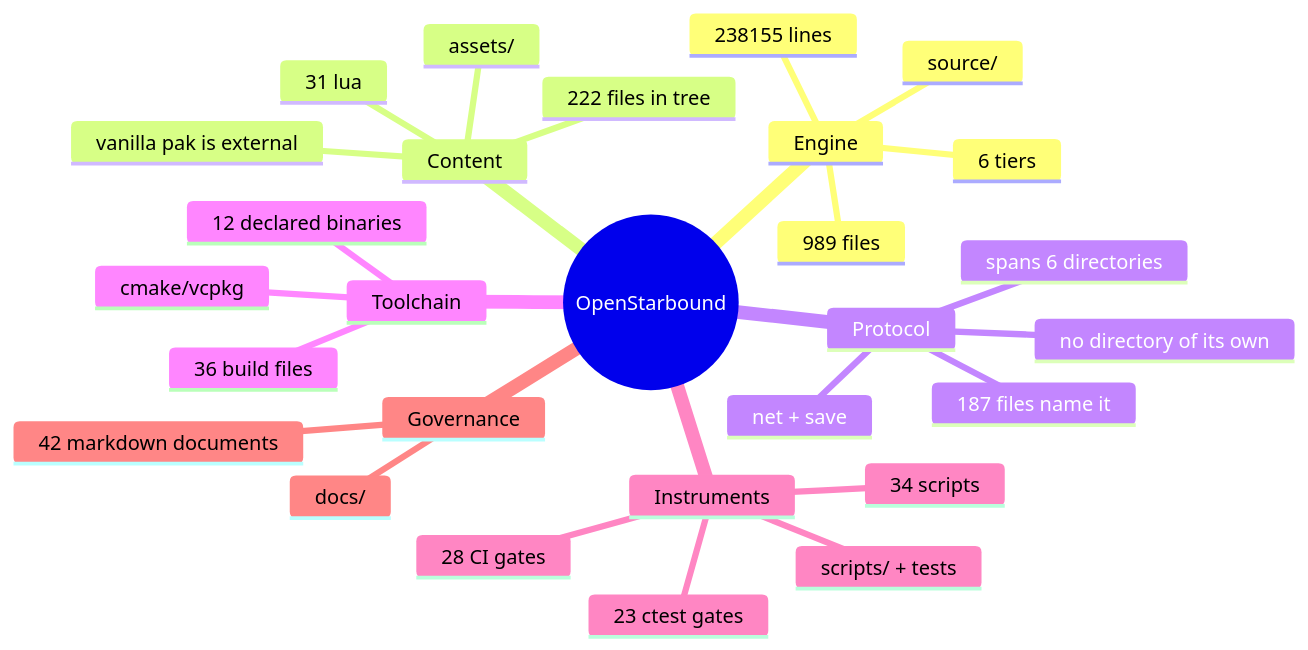
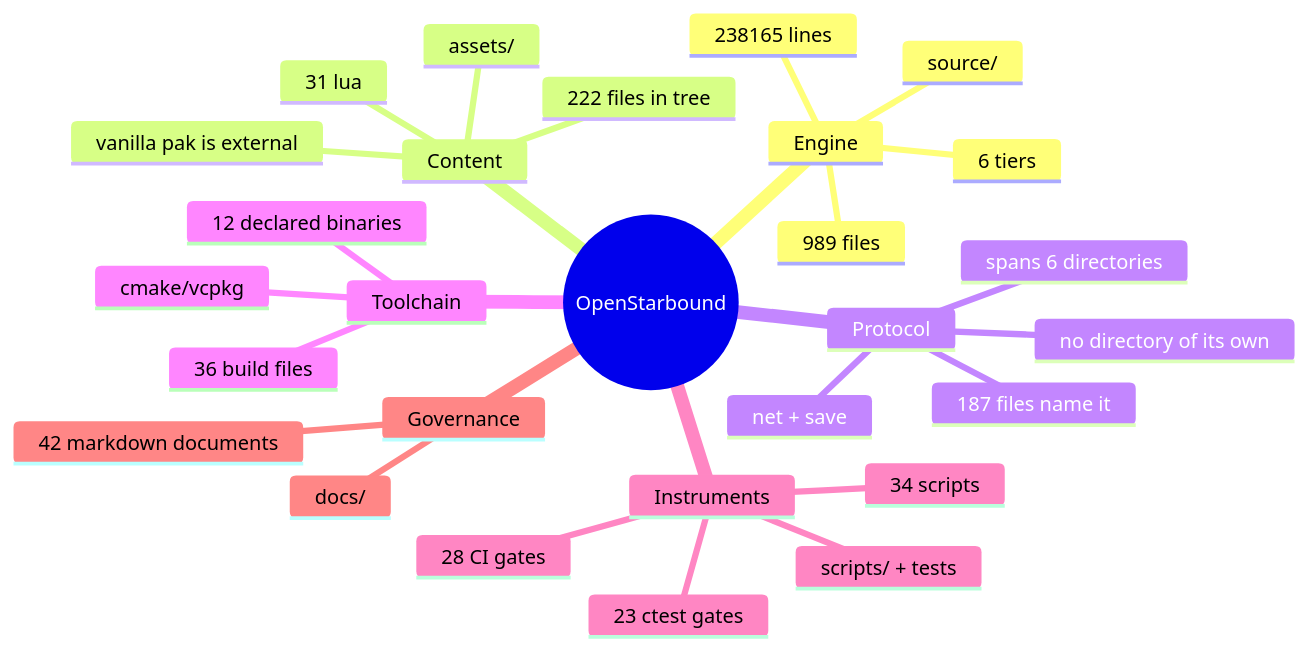
One commit to apnex/OpenStarbound changed the second of 11 diagrams in docs/architecture/system-boundaries.md. Above: the diagram before and after it, drawn with Mermaid. The commit also changed other lines of this file, not shown here.

Commit message:
arch-graph: regenerate after the spread telemetry change [#224]

````diff
--- a/docs/architecture/system-boundaries.md
+++ b/docs/architecture/system-boundaries.md
@@ -166,31 +166,31 @@
 ```mermaid
 mindmap
   root((OpenStarbound))
     Engine
       source/
       989 files
-      238155 lines
+      238165 lines
       6 tiers
     Content
       assets/
       222 files in tree
       31 lua
       vanilla pak is external
     Protocol
       net + save
       187 files name it
       spans 6 directories
       no directory of its own
     Toolchain
       cmake/vcpkg
       36 build files
       12 declared binaries
     Instruments
       scripts/ + tests
       34 scripts
       23 ctest gates
       28 CI gates
     Governance
       docs/
       42 markdown documents
 ```
````
